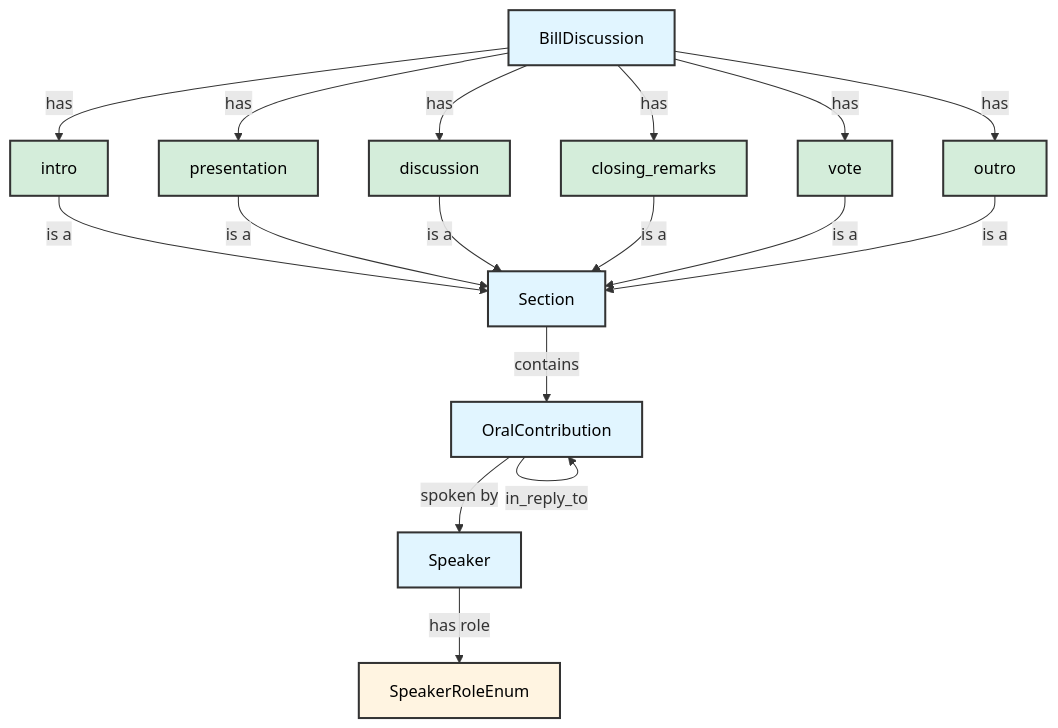
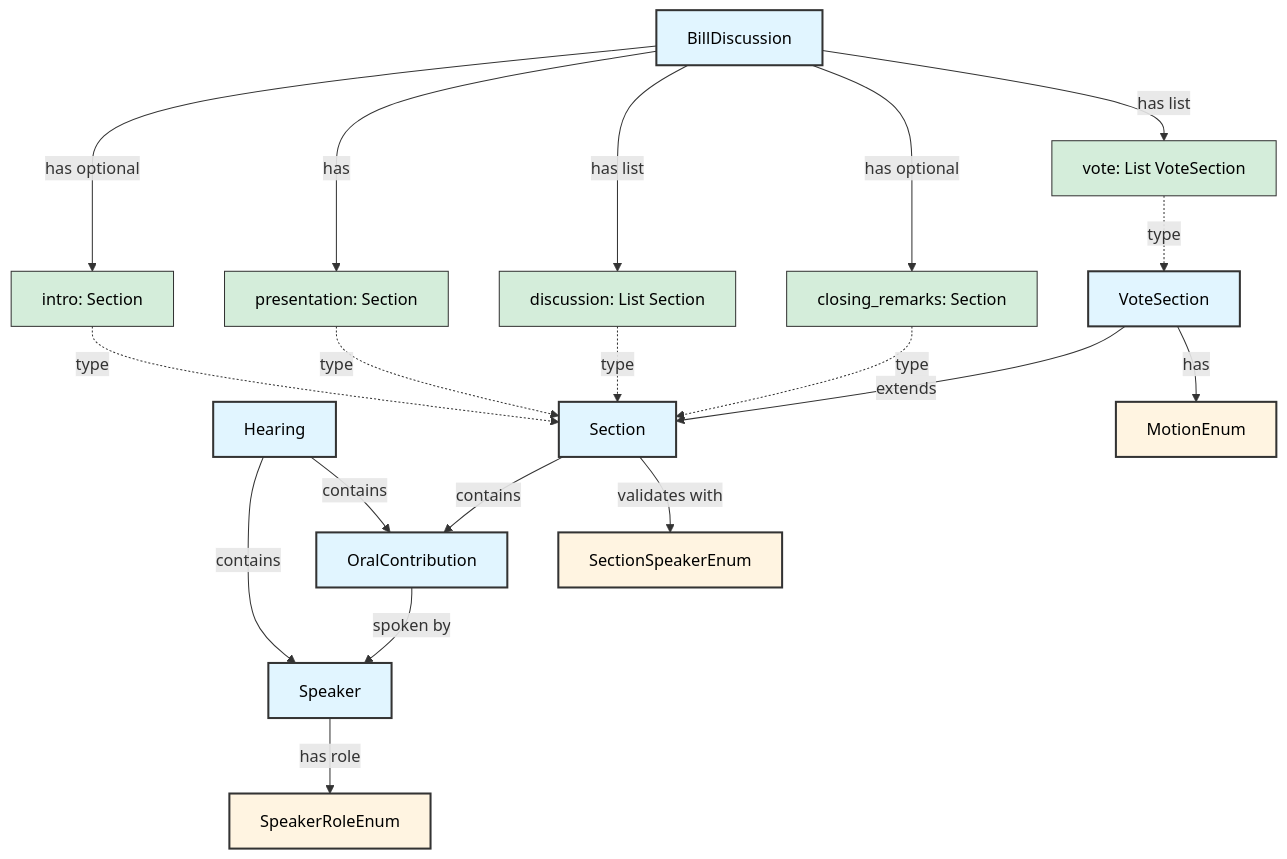
One commit to IsaacFigNewton/CommitteeHearingDiscourseParser changed the second of 2 diagrams in README.md. Above: the diagram before and after it, drawn with Mermaid. The commit also changed other lines of this file and 2 other files, not shown here.

````diff
--- a/README.md
+++ b/README.md
@@ -64,52 +112,55 @@
 ```mermaid
 graph TD
-    %% Main dataclasses
+    %% Main entities
+    Hearing[Hearing]
     BillDiscussion[BillDiscussion]
+    Speaker[Speaker]
+    OralContribution[OralContribution]
+
+    %% Sections
     Section[Section]
-    OralContribution[OralContribution]
-    Speaker[Speaker]
+    VoteSection[VoteSection]
+
+    %% Enums
     SpeakerRoleEnum[SpeakerRoleEnum]
+    SectionSpeakerEnum[SectionSpeakerEnum]
+    MotionEnum[MotionEnum]
+
+    %% Hearing relationships
+    Hearing -->|contains| Speaker
+    Hearing -->|contains| OralContribution
 
     %% BillDiscussion sections
-    IntroSection[intro]
-    PresentationSection[presentation]
-    DiscussionSection[discussion]
-    ClosingRemarksSection[closing_remarks]
-    VoteSection[vote]
-    OutroSection[outro]
+    BillDiscussion -->|has optional| intro[intro: Section]
+    BillDiscussion -->|has| presentation[presentation: Section]
+    BillDiscussion -->|has list| discussion[discussion: List Section]
+    BillDiscussion -->|has optional| closing[closing_remarks: Section]
+    BillDiscussion -->|has list| vote[vote: List VoteSection]
 
-    %% BillDiscussion to sections
-    BillDiscussion -->|has| IntroSection
-    BillDiscussion -->|has| PresentationSection
-    BillDiscussion -->|has| DiscussionSection
-    BillDiscussion -->|has| ClosingRemarksSection
-    BillDiscussion -->|has| VoteSection
-    BillDiscussion -->|has| OutroSection
-
-    %% Sections to Section dataclass
-    IntroSection -->|is a| Section
-    PresentationSection -->|is a| Section
-    DiscussionSection -->|is a| Section
-    ClosingRemarksSection -->|is a| Section
-    VoteSection -->|is a| Section
-    OutroSection -->|is a| Section
+    intro -.->|type| Section
+    presentation -.->|type| Section
+    discussion -.->|type| Section
+    closing -.->|type| Section
+    vote -.->|type| VoteSection
 
     %% Section relationships
     Section -->|contains| OralContribution
+    Section -->|validates with| SectionSpeakerEnum
+    VoteSection -->|extends| Section
+    VoteSection -->|has| MotionEnum
 
     %% OralContribution relationships
     OralContribution -->|spoken by| Speaker
-    OralContribution -->|resumes_from| OralContribution
-    OralContribution -->|in_reply_to| OralContribution
 
     %% Speaker relationships
     Speaker -->|has role| SpeakerRoleEnum
 
+    %% Styling
     classDef dataclass fill:#e1f5ff,stroke:#333,stroke-width:2px,color:#000
     classDef enumClass fill:#fff4e1,stroke:#333,stroke-width:2px,color:#000
-    classDef sectionNode fill:#d4edda,stroke:#333,stroke-width:2px,color:#000
+    classDef sectionNode fill:#d4edda,stroke:#333,stroke-width:1px,color:#000
 
-    class BillDiscussion,Section,OralContribution,Speaker dataclass
-    class SpeakerRoleEnum enumClass
-    class IntroSection,PresentationSection,DiscussionSection,ClosingRemarksSection,VoteSection,OutroSection sectionNode
+    class Hearing,BillDiscussion,Section,VoteSection,OralContribution,Speaker dataclass
+    class SpeakerRoleEnum,SectionSpeakerEnum,MotionEnum enumClass
+    class intro,presentation,discussion,closing,vote sectionNode
 ```
````
